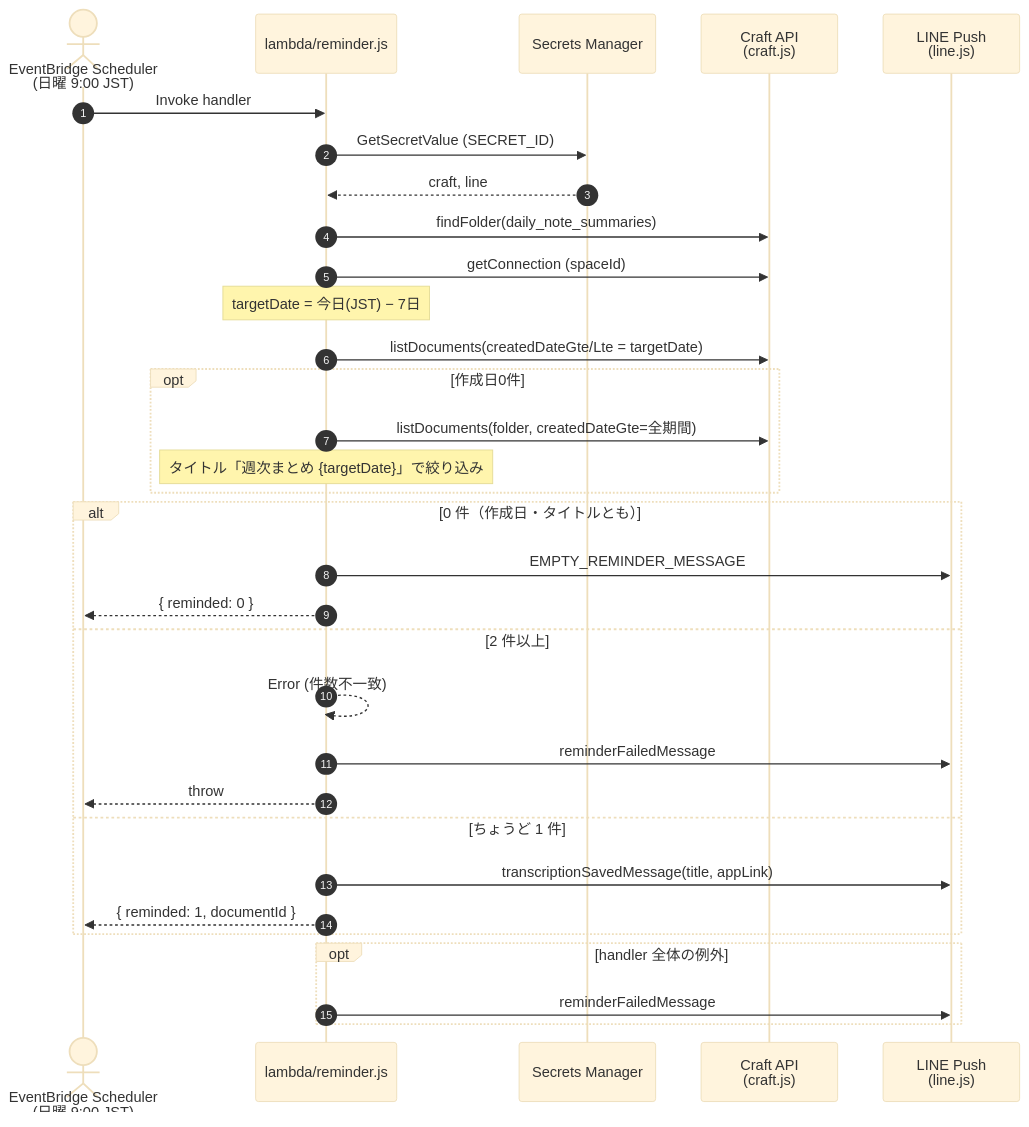
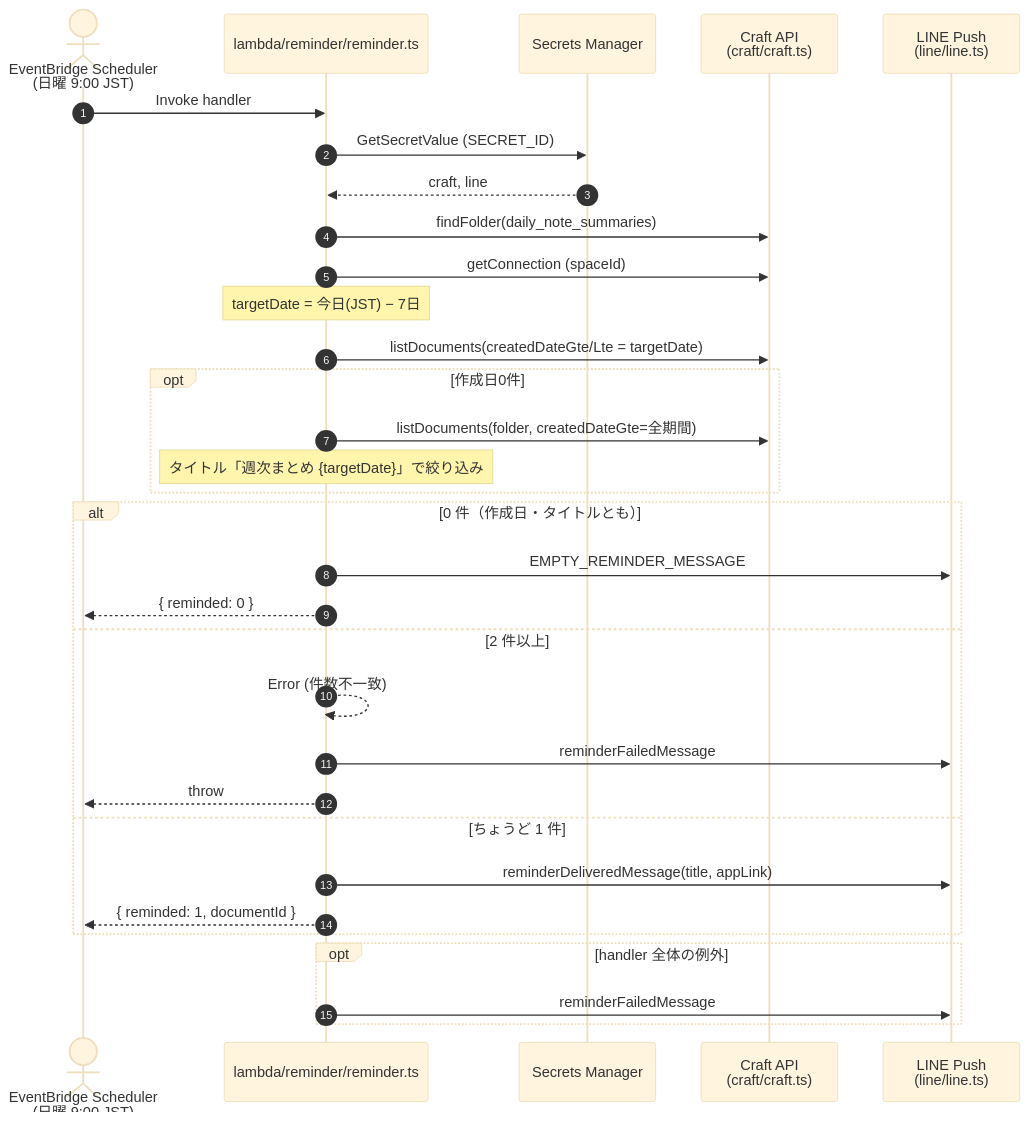
One commit to suzy1031/transcribe-save-to-notes-app changed the third of 5 diagrams in specifications/request-sequence.md. Above: the diagram before and after it, drawn with Mermaid (base theme). The commit also changed other lines of this file and 3 other files, not shown here.

Commit message:
docs: specifications/ 配下の設計書・シーケンス図を TypeScript・Bun 移行後の構成に更新する

````diff
--- a/specifications/request-sequence.md
+++ b/specifications/request-sequence.md
@@ -137,38 +147,38 @@
 ```mermaid
 sequenceDiagram
     autonumber
     actor Scheduler as EventBridge Scheduler<br/>(日曜 9:00 JST)
-    participant Reminder as lambda/reminder.js
+    participant Reminder as lambda/reminder/reminder.ts
     participant SM as Secrets Manager
-    participant Craft as Craft API<br/>(craft.js)
-    participant Line as LINE Push<br/>(line.js)
+    participant Craft as Craft API<br/>(craft/craft.ts)
+    participant Line as LINE Push<br/>(line/line.ts)
 
     Scheduler->>Reminder: Invoke handler
     Reminder->>SM: GetSecretValue (SECRET_ID)
     SM-->>Reminder: craft, line
 
     Reminder->>Craft: findFolder(daily_note_summaries)
     Reminder->>Craft: getConnection (spaceId)
     Note over Reminder: targetDate = 今日(JST) − 7日
     Reminder->>Craft: listDocuments(createdDateGte/Lte = targetDate)
     opt 作成日0件
         Reminder->>Craft: listDocuments(folder, createdDateGte=全期間)
         Note over Reminder: タイトル「週次まとめ {targetDate}」で絞り込み
     end
 
     alt 0 件（作成日・タイトルとも）
         Reminder->>Line: EMPTY_REMINDER_MESSAGE
         Reminder-->>Scheduler: { reminded: 0 }
     else 2 件以上
         Reminder-->>Reminder: Error (件数不一致)
         Reminder->>Line: reminderFailedMessage
         Reminder-->>Scheduler: throw
     else ちょうど 1 件
-        Reminder->>Line: transcriptionSavedMessage(title, appLink)
+        Reminder->>Line: reminderDeliveredMessage(title, appLink)
         Reminder-->>Scheduler: { reminded: 1, documentId }
     end
 
     opt handler 全体の例外
         Reminder->>Line: reminderFailedMessage
     end
 ```
````
